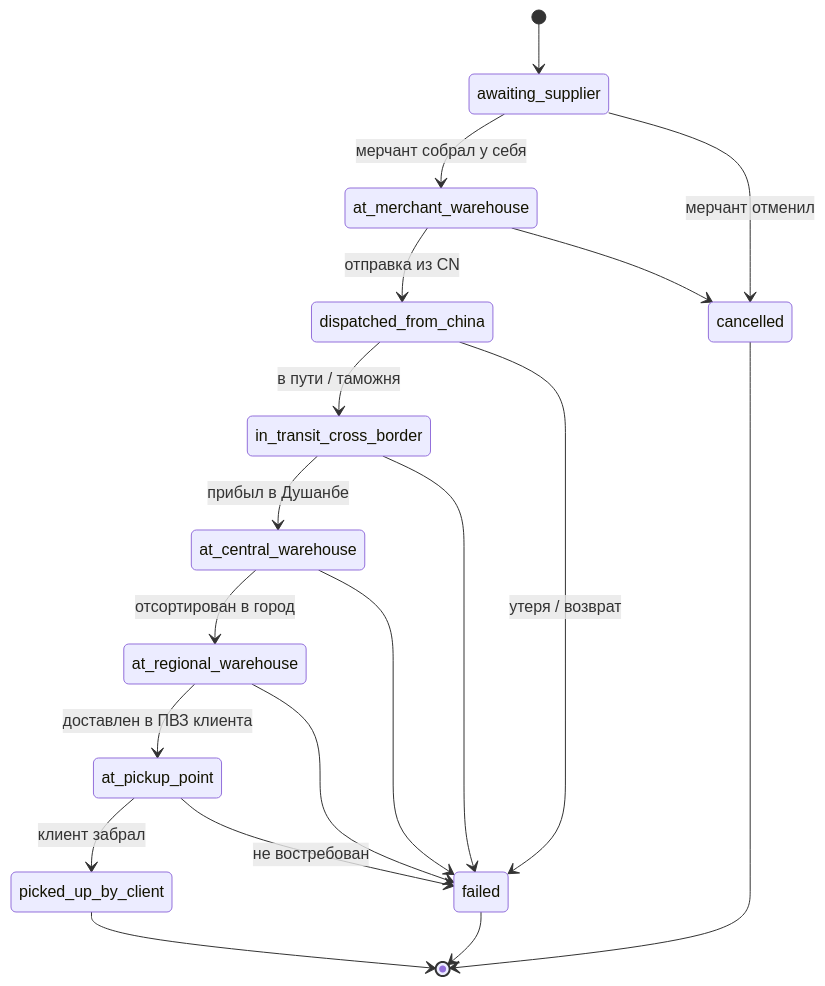
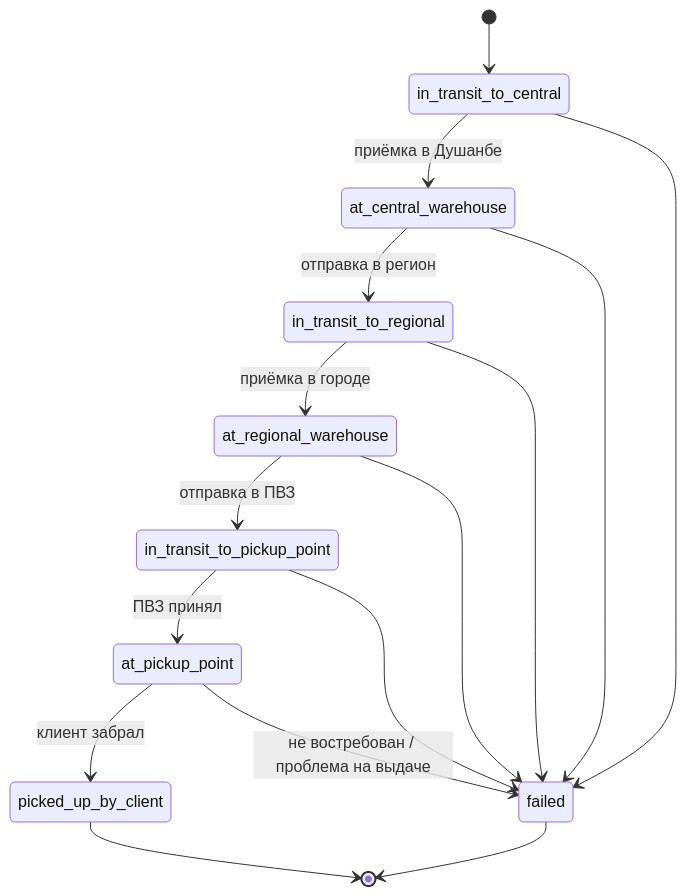
Before and after one commit to secure-deal/.github: the fifth of 5 diagrams in plans/marketplace/marketplace-merchants-and-warehouse-network.md, drawn with Mermaid. The commit also changed other lines of this file, not shown here.

Commit message:
fix: flow fix

````diff
--- a/plans/marketplace/marketplace-merchants-and-warehouse-network.md
+++ b/plans/marketplace/marketplace-merchants-and-warehouse-network.md
@@ -222,22 +189,19 @@
 ```mermaid
 stateDiagram-v2
-  [*] --> awaiting_supplier
-  awaiting_supplier --> at_merchant_warehouse: мерчант собрал у себя
-  at_merchant_warehouse --> dispatched_from_china: отправка из CN
-  dispatched_from_china --> in_transit_cross_border: в пути / таможня
-  in_transit_cross_border --> at_central_warehouse: прибыл в Душанбе
-  at_central_warehouse --> at_regional_warehouse: отсортирован в город
-  at_regional_warehouse --> at_pickup_point: доставлен в ПВЗ клиента
+  [*] --> in_transit_to_central
+  in_transit_to_central --> at_central_warehouse: приёмка в Душанбе
+  at_central_warehouse --> in_transit_to_regional: отправка в регион
+  in_transit_to_regional --> at_regional_warehouse: приёмка в городе
+  at_regional_warehouse --> in_transit_to_pickup_point: отправка в ПВЗ
+  in_transit_to_pickup_point --> at_pickup_point: ПВЗ принял
   at_pickup_point --> picked_up_by_client: клиент забрал
   picked_up_by_client --> [*]
 
-  awaiting_supplier --> cancelled: мерчант отменил
-  at_merchant_warehouse --> cancelled
-  dispatched_from_china --> failed: утеря / возврат
-  in_transit_cross_border --> failed
+  in_transit_to_central --> failed
   at_central_warehouse --> failed
+  in_transit_to_regional --> failed
   at_regional_warehouse --> failed
-  at_pickup_point --> failed: не востребован
+  in_transit_to_pickup_point --> failed
+  at_pickup_point --> failed: не востребован / проблема на выдаче
   failed --> [*]
-  cancelled --> [*]
 ```
````
